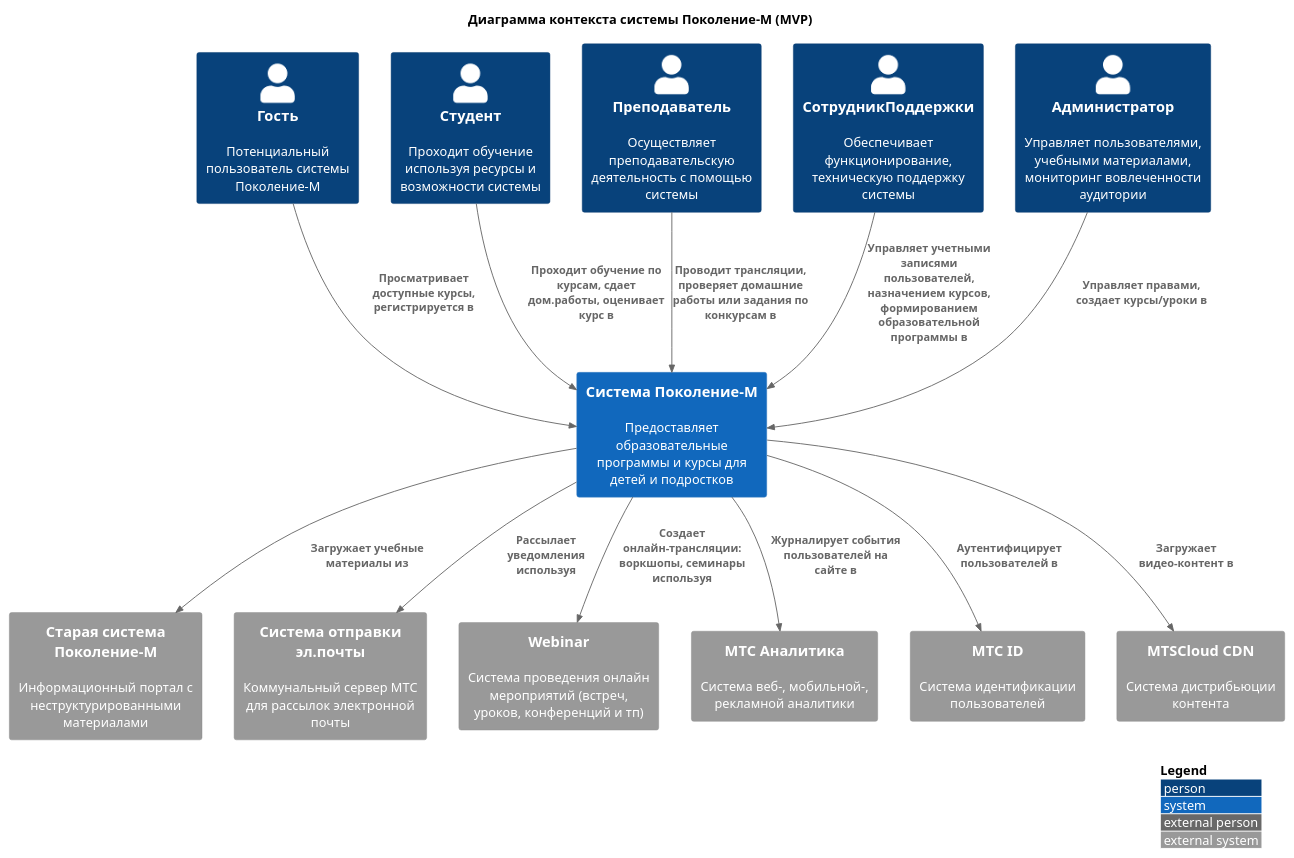
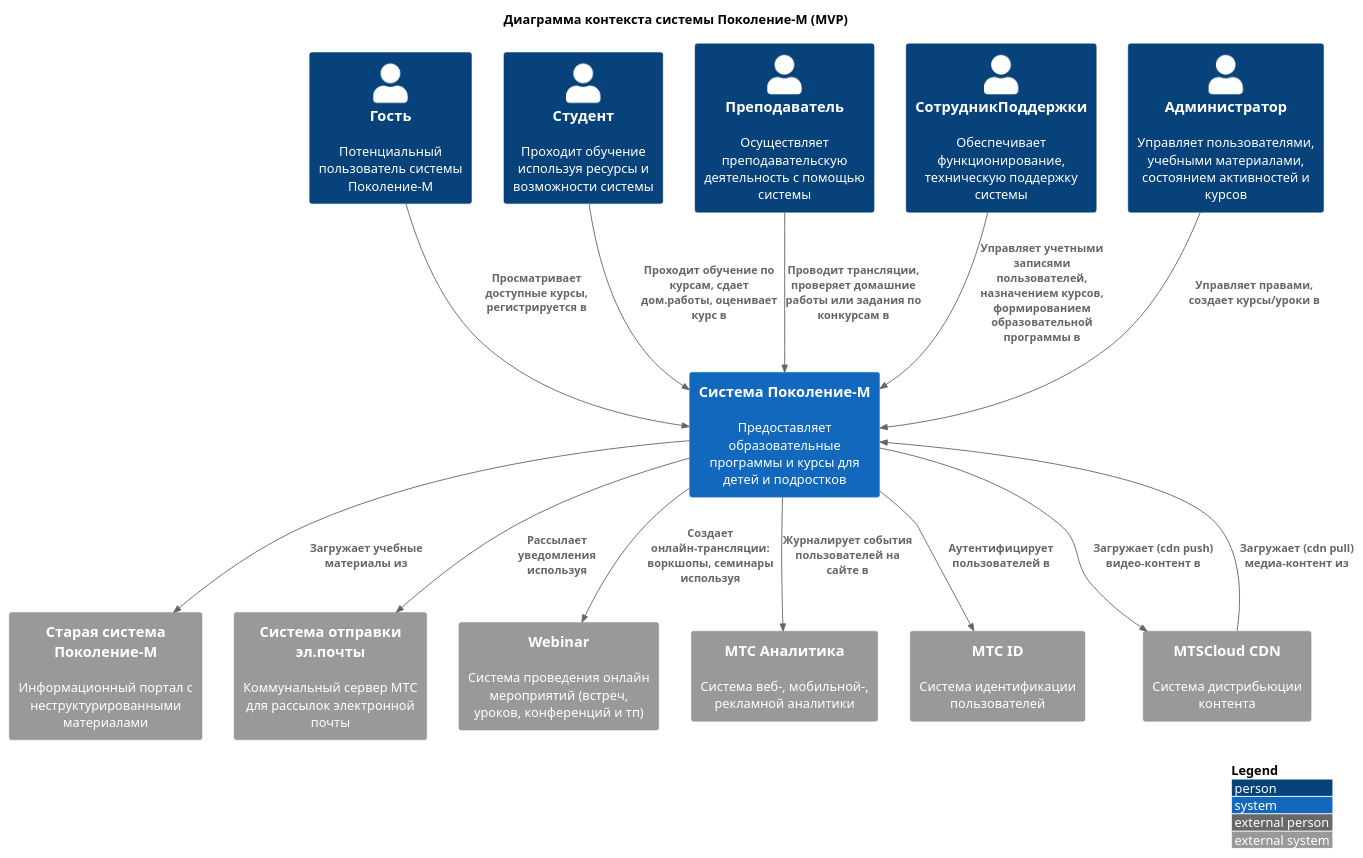
Before and after one commit to karpoftea/mts-kata-2023: the first of 3 diagrams in docs/c4/context.md, drawn with PlantUML. The commit also changed other lines of this file and 5 other files, not shown here.

````diff
--- a/docs/c4/context.md
+++ b/docs/c4/context.md
@@ -5,38 +5,39 @@
 ```plantuml
 @startuml
 !include https://raw.githubusercontent.com/plantuml-stdlib/C4-PlantUML/master/C4_Context.puml
 
 LAYOUT_WITH_LEGEND()
 
 title Диаграмма контекста системы Поколение-М (MVP)
 
 Person(guest, "Гость", "Потенциальный пользователь системы Поколение-М")
 Person(student, "Студент", "Проходит обучение используя ресурсы и возможности системы")
 Person(teacher, "Преподаватель", "Осуществляет преподавательскую деятельность с помощью системы")
 Person(support, "СотрудникПоддержки", "Обеспечивает функционирование, техническую поддержку системы")
-Person(admin, "Администратор", "Управляет пользователями, учебными материалами, мониторинг вовлеченности аудитории")
+Person(admin, "Администратор", "Управляет пользователями, учебными материалами, состоянием активностей и курсов")
 
 System(sys, "Система Поколение-М", "Предоставляет образовательные программы и курсы для детей и подростков")
 
 System_Ext(legacy, "Старая система Поколение-М", "Информационный портал с неструктурированными материалами")
 System_Ext(emailsys, "Система отправки эл.почты", "Коммунальный сервер МТС для рассылок электронной почты")
 System_Ext(webinar, "Webinar", "Система проведения онлайн мероприятий (встреч, уроков, конференций и тп)")
 System_Ext(mtsa, "МТС Аналитика", "Система веб-, мобильной-, рекламной аналитики")
 System_Ext(mtsid, "МТС ID", "Система идентификации пользователей")
 System_Ext(mtscloudcdn, "MTSCloud CDN", "Система дистрибьюции контента")
 
 Rel(guest, sys, "Просматривает доступные курсы, регистрируется в")
 Rel(student, sys, "Проходит обучение по курсам, сдает дом.работы, оценивает курс в")
 Rel(teacher, sys, "Проводит трансляции, проверяет домашние работы или задания по конкурсам в")
 Rel(support, sys, "Управляет учетными записями пользователей, назначением курсов, формированием образовательной программы в")
 Rel(admin, sys, "Управляет правами, создает курсы/уроки в")
 
 Rel(sys, legacy, "Загружает учебные материалы из")
 Rel(sys, emailsys, "Рассылает уведомления используя")
 Rel(sys, webinar, "Создает онлайн-трансляции: воркшопы, семинары используя")
 Rel(sys, mtsa, "Журналирует события пользователей на сайте в")
 Rel(sys, mtsid, "Аутентифицирует пользователей в")
-Rel(sys, mtscloudcdn, "Загружает видео-контент в")
+Rel(sys, mtscloudcdn, "Загружает (cdn push) видео-контент в")
+Rel(mtscloudcdn, sys, "Загружает (cdn pull) медиа-контент из")
 
 @enduml
 ```
````
